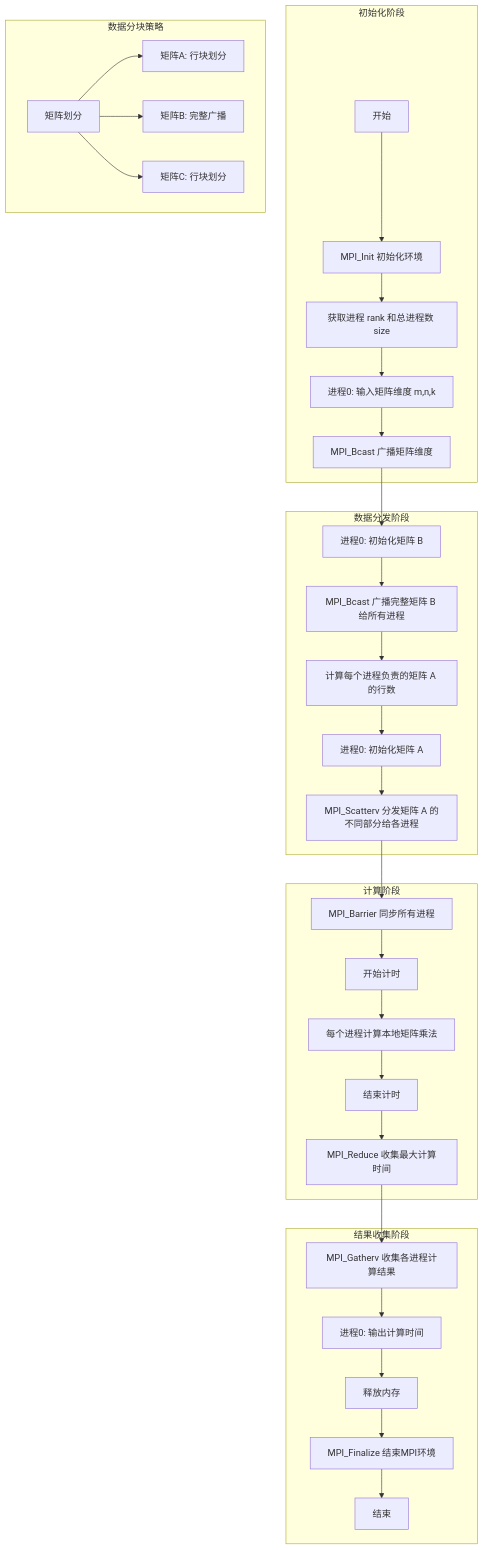
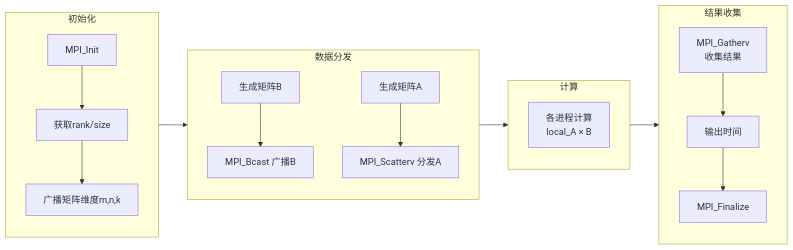
The diagram in Lab/1/22336087胡瑞康-Lab1.md (xy3xy3/ParallelProgramDesign), drawn with Mermaid before and after one commit. The commit also changed other lines of this file and 4 other files, not shown here.

````diff
--- a/Lab/1/22336087胡瑞康-Lab1.md
+++ b/Lab/1/22336087胡瑞康-Lab1.md
@@ -75,39 +80,27 @@
 ```mermaid
-flowchart TD
-    subgraph "初始化阶段"
-        A[开始] --> B[MPI_Init 初始化环境]
-        B --> C[获取进程 rank 和总进程数 size]
-        C --> D[进程0: 输入矩阵维度 m,n,k]
-        D --> E[MPI_Bcast 广播矩阵维度]
+flowchart LR
+    subgraph 初始化
+        A[MPI_Init] --> B[获取rank/size]
+        B --> C[广播矩阵维度m,n,k]
     end
-
-    subgraph "数据分发阶段"
-        E --> F[进程0: 初始化矩阵 B]
-        F --> G[MPI_Bcast 广播完整矩阵 B 给所有进程]
-        G --> H[计算每个进程负责的矩阵 A 的行数]
-        H --> I[进程0: 初始化矩阵 A]
-        I --> J[MPI_Scatterv 分发矩阵 A 的不同部分给各进程]
+    
+    subgraph 数据分发
+        D[生成矩阵B] --> E[MPI_Bcast 广播B]
+        F[生成矩阵A] --> G[MPI_Scatterv 分发A]
     end
-
-    subgraph "计算阶段"
-        J --> K[MPI_Barrier 同步所有进程]
-        K --> L[开始计时]
-        L --> M[每个进程计算本地矩阵乘法]
-        M --> N[结束计时]
-        N --> O[MPI_Reduce 收集最大计算时间]
+    
+    subgraph 计算
+        H[各进程计算
+local_A × B]
     end
-
-    subgraph "结果收集阶段"
-        O --> P[MPI_Gatherv 收集各进程计算结果]
-        P --> Q[进程0: 输出计算时间]
-        Q --> R[释放内存]
-        R --> S[MPI_Finalize 结束MPI环境]
-        S --> T[结束]
+    
+    subgraph 结果收集
+        I[MPI_Gatherv
+        收集结果] --> J[输出时间]
+        J --> K[MPI_Finalize]
     end
-
-    subgraph "数据分块策略"
-        DS[矩阵划分] --> DS1[矩阵A: 行块划分]
-        DS --> DS2[矩阵B: 完整广播]
-        DS --> DS3[矩阵C: 行块划分]
-    end
+    
+    初始化 --> 数据分发
+    数据分发 --> 计算
+    计算 --> 结果收集
 ```
````
